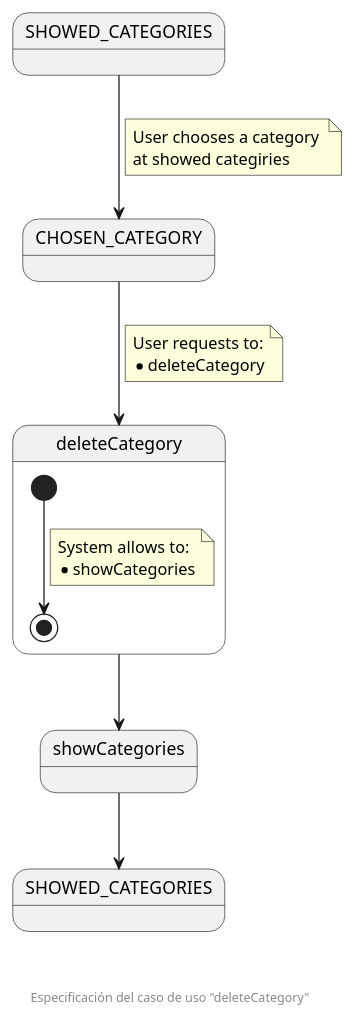
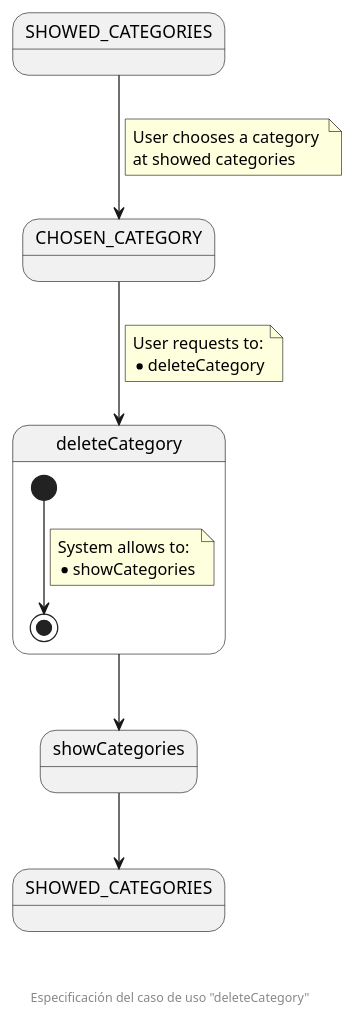
Before and after one commit to zuldare/mastercloud_pfm_halterocms: the diagram in documentation/diagrams/useCasesSpecification/organizationSecretary/02_deleteCategory.puml, drawn with PlantUML.

```diff
--- a/documentation/diagrams/useCasesSpecification/organizationSecretary/02_deleteCategory.puml
+++ b/documentation/diagrams/useCasesSpecification/organizationSecretary/02_deleteCategory.puml
@@ -1,32 +1,32 @@
 @startuml
 state SHOWED_CATEGORIES
 state CHOSEN_CATEGORY
 
 state deleteCategory {
   [*] --> [*]
   note on link
     System allows to:
     * showCategories
   end note
 }
 
 state showCategories
 state "SHOWED_CATEGORIES" as SHOWED_CATEGORIES_F
 
 SHOWED_CATEGORIES --> CHOSEN_CATEGORY
 note on link
   User chooses a category 
-  at showed categiries
+  at showed categories
 end note
 
 CHOSEN_CATEGORY --> deleteCategory
 note on link
   User requests to:
   * deleteCategory
 end note
 
 deleteCategory --> showCategories
 showCategories --> SHOWED_CATEGORIES_F
 
 footer \n\n\n Especificación del caso de uso "deleteCategory"
 @enduml
```
